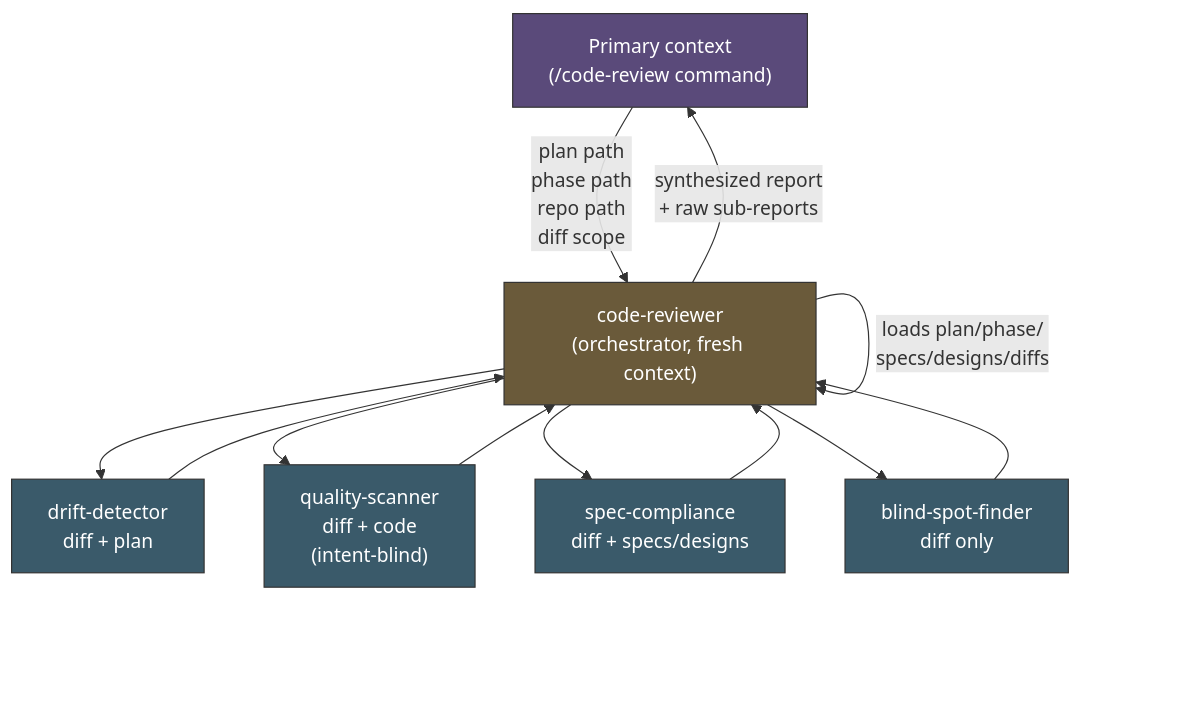
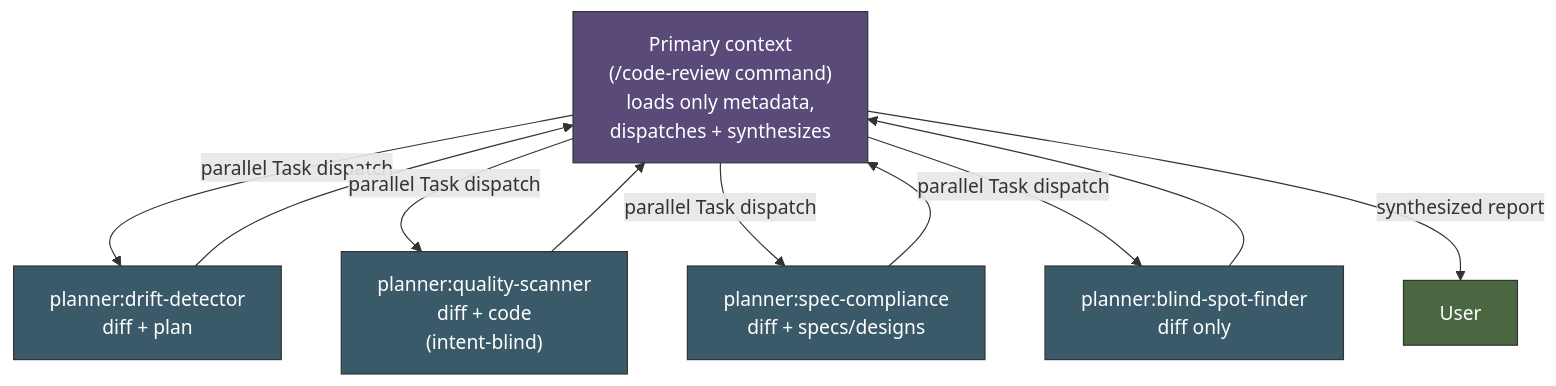
One commit to danweinerdev/claude-project-planner changed the fourth of 5 diagrams in README.md. Above: the diagram before and after it, drawn with Mermaid. The commit also changed other lines of this file and 11 other files, not shown here.

````diff
--- a/README.md
+++ b/README.md
@@ -212,29 +211,26 @@
 ```mermaid
 graph TD
-    primary["Primary context<br/>(/code-review command)"]
-    orch["code-reviewer<br/>(orchestrator, fresh context)"]
-    drift["drift-detector<br/>diff + plan"]
-    qual["quality-scanner<br/>diff + code<br/>(intent-blind)"]
-    spec["spec-compliance<br/>diff + specs/designs"]
-    blind["blind-spot-finder<br/>diff only"]
+    primary["Primary context<br/>(/code-review command)<br/>loads only metadata,<br/>dispatches + synthesizes"]
+    drift["planner:drift-detector<br/>diff + plan"]
+    qual["planner:quality-scanner<br/>diff + code<br/>(intent-blind)"]
+    spec["planner:spec-compliance<br/>diff + specs/designs"]
+    blind["planner:blind-spot-finder<br/>diff only"]
 
-    primary -->|"plan path<br/>phase path<br/>repo path<br/>diff scope"| orch
-    orch -->|loads plan/phase/<br/>specs/designs/diffs| orch
-    orch --> drift
-    orch --> qual
-    orch --> spec
-    orch --> blind
-    drift --> orch
-    qual --> orch
-    spec --> orch
-    blind --> orch
-    orch -->|"synthesized report<br/>+ raw sub-reports"| primary
+    primary -->|parallel Task dispatch| drift
+    primary -->|parallel Task dispatch| qual
+    primary -->|parallel Task dispatch| spec
+    primary -->|parallel Task dispatch| blind
+    drift --> primary
+    qual --> primary
+    spec --> primary
+    blind --> primary
+    primary -->|synthesized report| user["User"]
 
     classDef primary fill:#5a4a7a,stroke:#333,color:#fff
-    classDef orch fill:#6a5a3a,stroke:#333,color:#fff
     classDef sub fill:#3a5a6a,stroke:#333,color:#fff
+    classDef user fill:#4a6741,stroke:#333,color:#fff
 
     class primary primary
-    class orch orch
     class drift,qual,spec,blind sub
+    class user user
 ```
````
